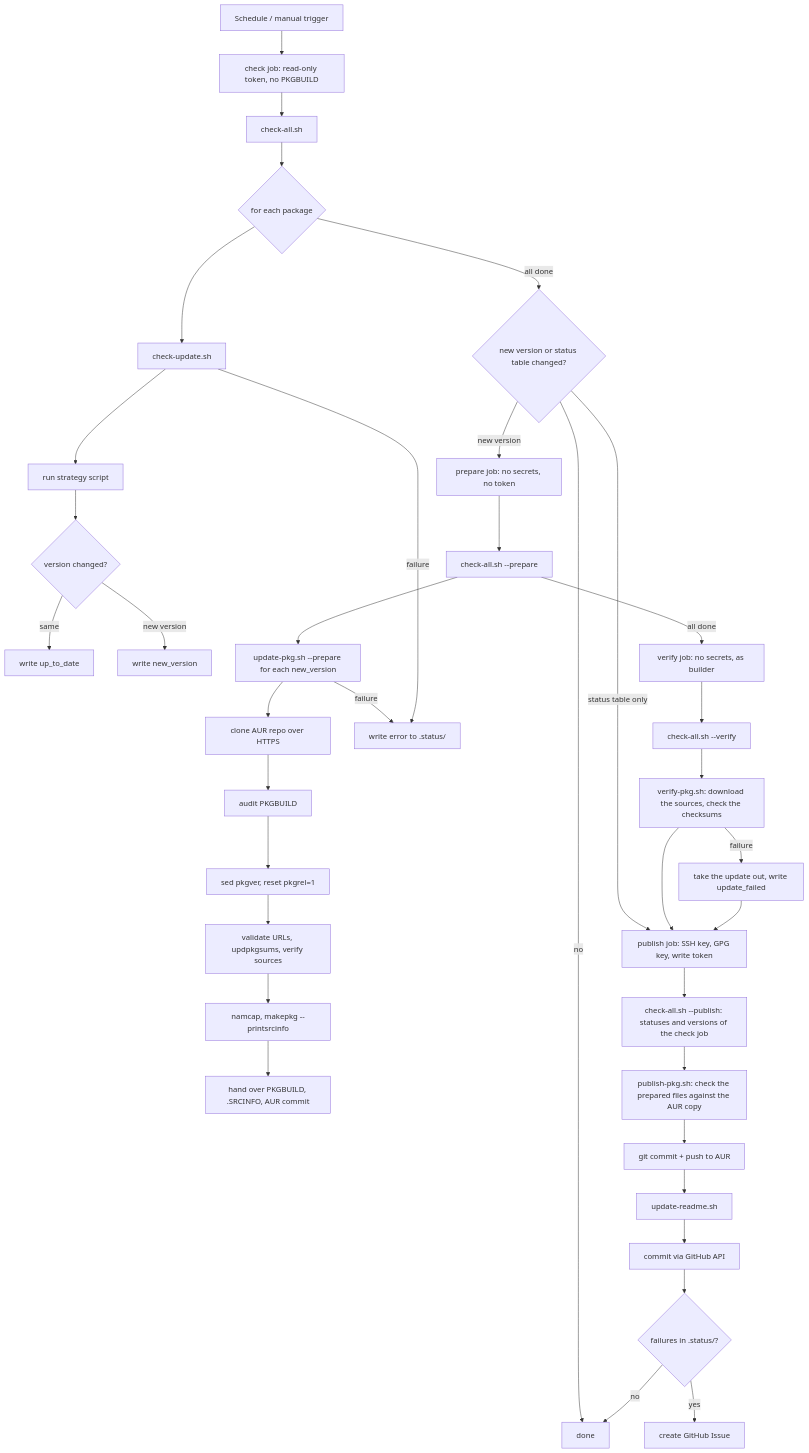
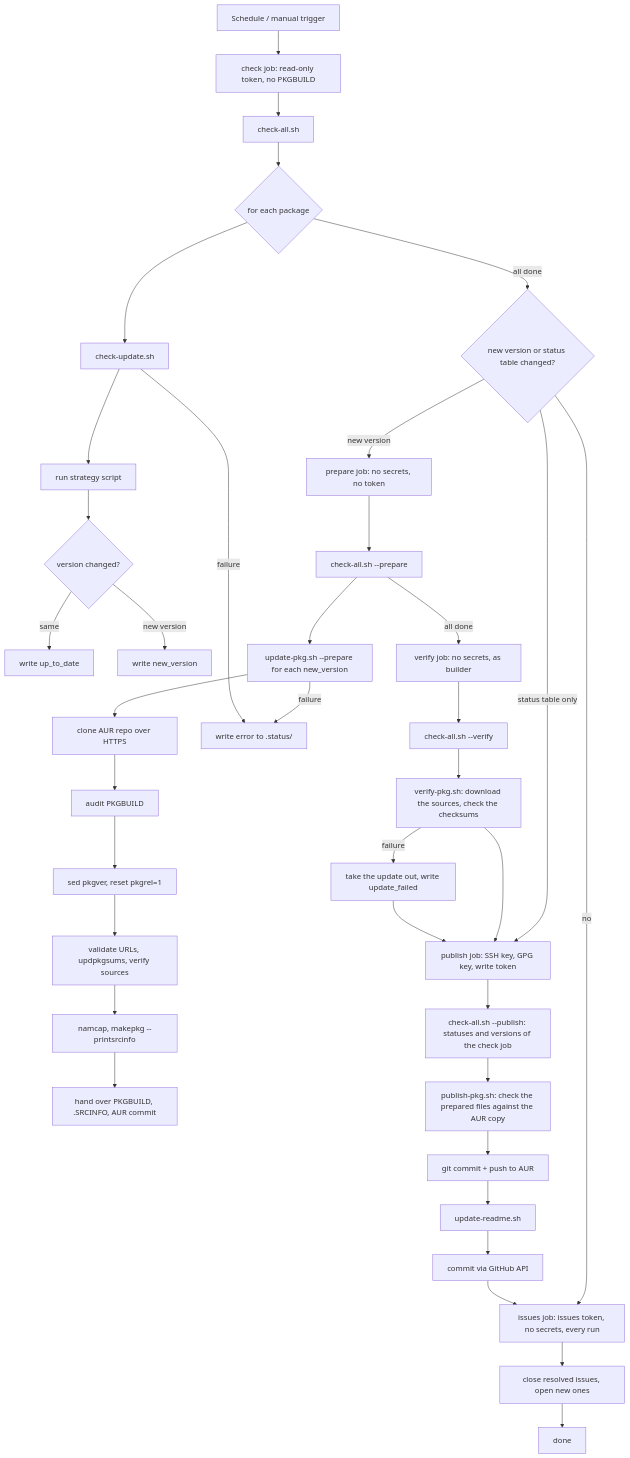
The diagram in docs/WORKFLOW.md (noctuum/sibyl), drawn with Mermaid before and after one commit. The commit also changed other lines of this file and 3 other files, not shown here.

First line of the commit message:
fix(workflow): open and close issues in every run (#133)

````diff
--- a/docs/WORKFLOW.md
+++ b/docs/WORKFLOW.md
@@ -20,39 +20,39 @@
 ```mermaid
 flowchart TD
     A[Schedule / manual trigger] --> K[check job: read-only token, no PKGBUILD]
     K --> B[check-all.sh]
     B --> C{for each package}
     C --> D[check-update.sh]
     D --> E[run strategy script]
     E --> F{version changed?}
     F -->|same| G[write up_to_date]
     F -->|new version| G2[write new_version]
     C -->|all done| W{new version or status table changed?}
-    W -->|no| O[done]
+    W -->|no| I
     W -->|new version| P[prepare job: no secrets, no token]
     W -->|status table only| Q
     P --> B2[check-all.sh --prepare]
     B2 --> H[update-pkg.sh --prepare for each new_version]
     H --> H1[clone AUR repo over HTTPS]
     H1 --> H2[audit PKGBUILD]
     H2 --> H3[sed pkgver, reset pkgrel=1]
     H3 --> H4[validate URLs, updpkgsums, verify sources]
     H4 --> H5[namcap, makepkg --printsrcinfo]
     H5 --> H6[hand over PKGBUILD, .SRCINFO, AUR commit]
     H -->|failure| J[write error to .status/]
     D -->|failure| J
     B2 -->|all done| V[verify job: no secrets, as builder]
     V --> V1[check-all.sh --verify]
     V1 --> V2[verify-pkg.sh: download the sources, check the checksums]
     V2 -->|failure| V3[take the update out, write update_failed]
     V2 --> Q[publish job: SSH key, GPG key, write token]
     V3 --> Q
     Q --> R[check-all.sh --publish: statuses and versions of the check job]
     R --> R2[publish-pkg.sh: check the prepared files against the AUR copy]
     R2 --> R3[git commit + push to AUR]
     R3 --> U[update-readme.sh]
     U --> L[commit via GitHub API]
-    L --> M{failures in .status/?}
-    M -->|yes| N[create GitHub Issue]
-    M -->|no| O
+    L --> I[issues job: issues token, no secrets, every run]
+    I --> N[close resolved issues, open new ones]
+    N --> O[done]
 ```
````
